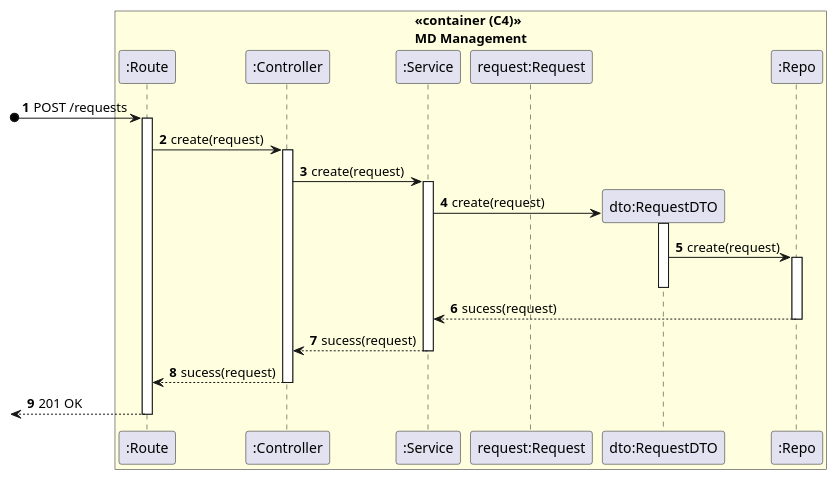
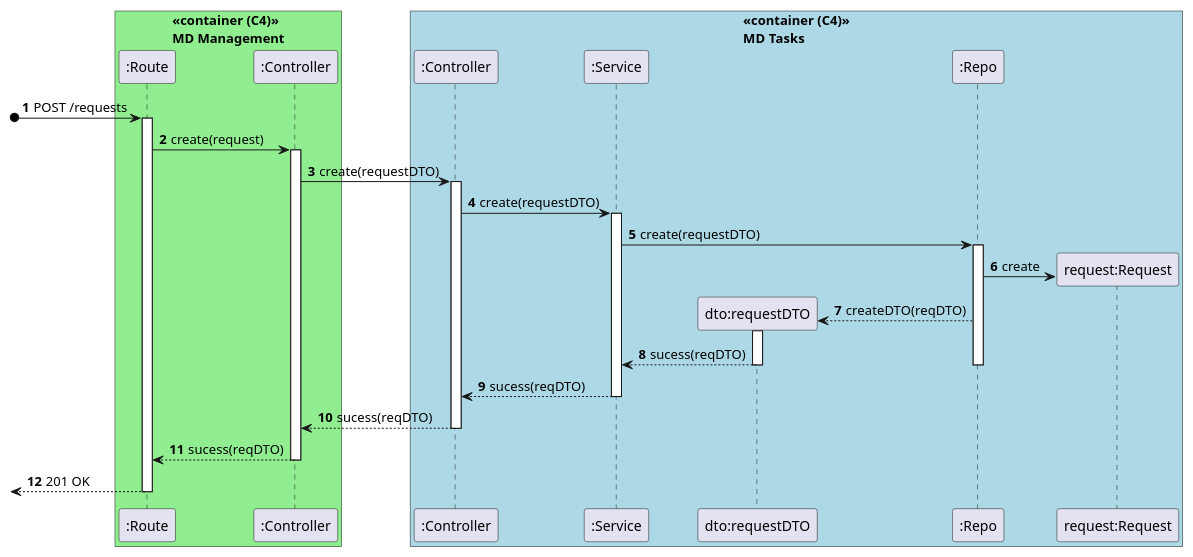
The diagram in _wiki/sprint-c/us-460/views/level-3/process-view.puml (miseEnPlace-dev/lapr5), drawn with PlantUML before and after one commit. The commit also changed 2 other files, not shown here.

Commit message:
docs: updated level-3 diagrams

```diff
--- a/_wiki/sprint-c/us-460/views/level-3/process-view.puml
+++ b/_wiki/sprint-c/us-460/views/level-3/process-view.puml
@@ -1,39 +1,52 @@
 @startuml process-view
 autonumber
-box "<<container (C4)>>\nMD Management" <<center>>#LightYellow
+box "<<container (C4)>>\nMD Management" <<center>>#LightGreen
   participant ROUTE as ":Route"
-  participant CTRL as ":Controller"
-  participant SRV as ":Service"
-  participant BUILD as "request:Request"
-  participant DTO as "dto:RequestDTO"
-  participant REPO as ":Repo"
+  participant CTRLMDD as ":Controller"
 end box
 
+box "<<container (C4)>>\nMD Tasks" <<center>>#LightBlue
+  participant MDTCTRL as ":Controller"
+  participant MDTSRV as ":Service"
+  participant MDTDTO as "dto:requestDTO"
+  participant MDTREPO as ":Repo"
+  participant BUILD as "request:Request"
+end box
 
 ?o-> ROUTE : POST /requests
 activate ROUTE
 
-ROUTE -> CTRL : create(request)
-activate CTRL
+ROUTE -> CTRLMDD : create(request)
+activate CTRLMDD
 
-CTRL -> SRV : create(request)
-activate SRV
+CTRLMDD -> MDTCTRL : create(requestDTO)
+activate MDTCTRL
 
-SRV -> DTO** : create(request)
-activate DTO
+MDTCTRL -> MDTSRV : create(requestDTO)
+activate MDTSRV
 
-DTO -> REPO : create(request)
-activate REPO
-deactivate DTO
+MDTSRV -> MDTREPO : create(requestDTO)
+activate MDTREPO
 
-REPO --> SRV : sucess(request)
-deactivate REPO
+MDTREPO -> BUILD** : create
+deactivate MDTDTO
 
-SRV --> CTRL : sucess(request)
-deactivate SRV
-CTRL --> ROUTE : sucess(request)
-deactivate CTRL
+MDTREPO --> MDTDTO** : createDTO(reqDTO)
+activate MDTDTO
+
+MDTDTO --> MDTSRV : sucess(reqDTO)
+deactivate MDTDTO
+deactivate MDTREPO
+
+MDTSRV --> MDTCTRL : sucess(reqDTO)
+deactivate MDTSRV
+
+MDTCTRL --> CTRLMDD : sucess(reqDTO)
+deactivate MDTCTRL
+
+CTRLMDD --> ROUTE : sucess(reqDTO)
+deactivate CTRLMDD
 <-- ROUTE : 201 OK
 deactivate ROUTE
 
 @enduml
```
